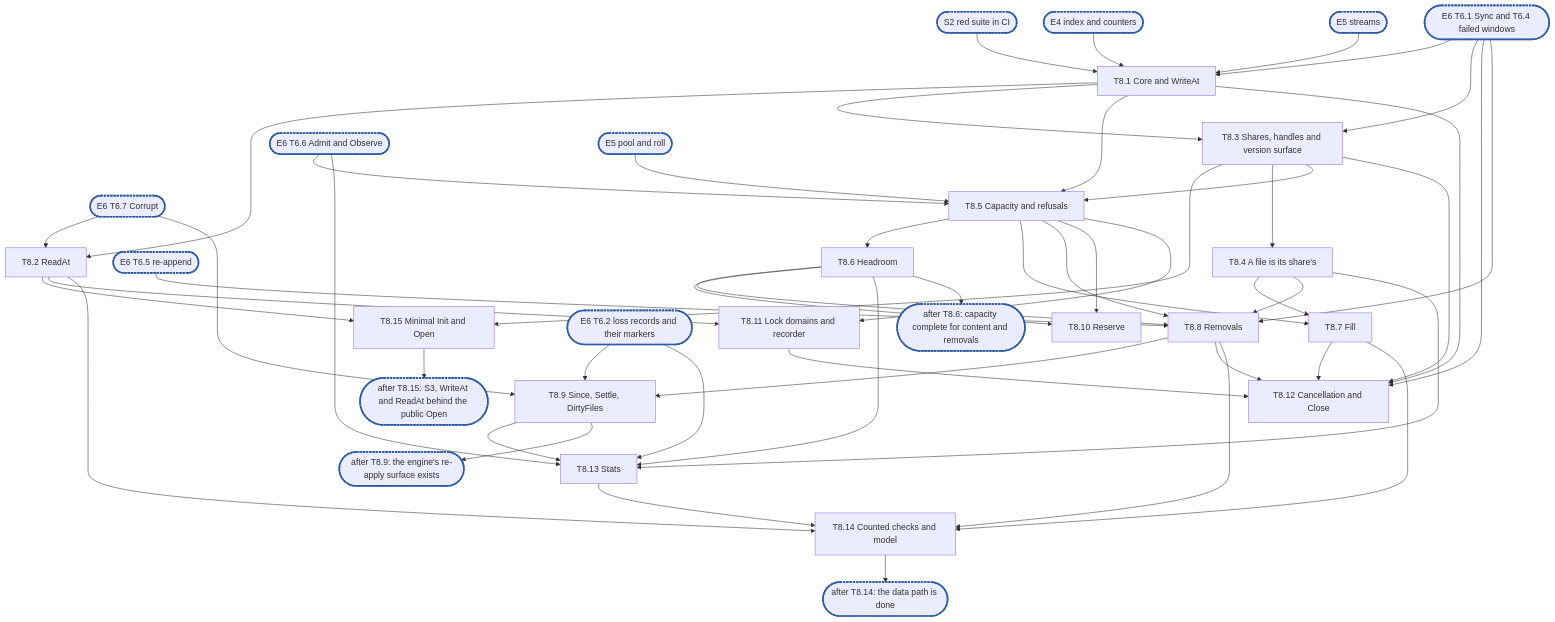
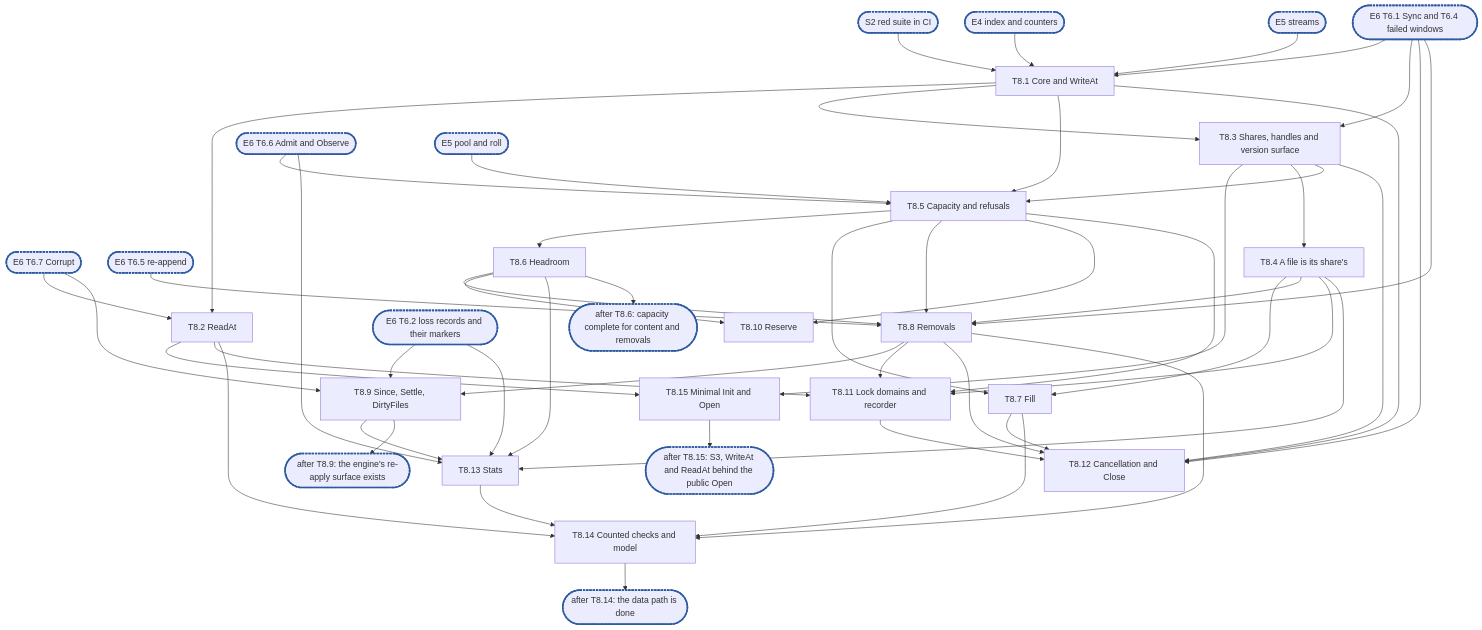
The diagram in docs/internals/planning/rfc-1-journal-epic8.md (marmos91/dittofs), drawn with Mermaid before and after one commit. The commit also changed other lines of this file and 2 other files, not shown here.

````diff
--- a/docs/internals/planning/rfc-1-journal-epic8.md
+++ b/docs/internals/planning/rfc-1-journal-epic8.md
@@ -1255,53 +1263,55 @@
 ```mermaid
 flowchart TD
   S2(["S2 red suite in CI"]):::sync --> T1["T8.1 Core and WriteAt"]
   E4(["E4 index and counters"]):::sync --> T1
   E5s(["E5 streams"]):::sync --> T1
   E6a(["E6 T6.1 Sync and T6.4 failed windows"]):::sync --> T1
   E6c(["E6 T6.7 Corrupt"]):::sync --> T2
   E6c --> T9
   E6x(["E6 T6.5 re-append"]):::sync --> T8
   E6a --> T3
   E6a --> T12
   E6r(["E6 T6.6 Admit and Observe"]):::sync --> T5
   E6r --> T13
   T1 --> T2["T8.2 ReadAt"]
   T1 --> T3["T8.3 Shares, handles and version surface"]
   T2 --> T15["T8.15 Minimal Init and Open"]
   T3 --> T15
   T15 --> C1(["after T8.15: S3, WriteAt and ReadAt behind the public Open"]):::sync
   T3 --> T4["T8.4 A file is its share's"]
   T1 --> T5["T8.5 Capacity and refusals"]
   T3 --> T5
   E5p(["E5 pool and roll"]):::sync --> T5
   T5 --> T6["T8.6 Headroom"]
   T5 --> T7["T8.7 Fill"]
   T4 --> T7
   T4 --> T8["T8.8 Removals"]
   T5 --> T8
   T6 --> T8
   E6a --> T8
   T5 --> T10["T8.10 Reserve"]
   T6 --> T10
   T8 --> T9["T8.9 Since, Settle, DirtyFiles"]
   E6l(["E6 T6.2 loss records and their markers"]):::sync --> T9
   E6l --> T13
   T2 --> T11["T8.11 Lock domains and recorder"]
   T5 --> T11
+  T4 --> T11
+  T8 --> T11
   T1 --> T12["T8.12 Cancellation and Close"]
   T3 --> T12
   T7 --> T12
   T8 --> T12
   T11 --> T12
   T4 --> T13["T8.13 Stats"]
   T6 --> T13
   T9 --> T13
   T2 --> T14["T8.14 Counted checks and model"]
   T7 --> T14
   T8 --> T14
   T13 --> T14
   T6 --> C2(["after T8.6: capacity complete for content and removals"]):::sync
   T9 --> C3(["after T8.9: the engine's re-apply surface exists"]):::sync
   T14 --> C4(["after T8.14: the data path is done"]):::sync
   classDef sync stroke:#2c5aa0,stroke-width:3px,stroke-dasharray:4 2
 ```
````
